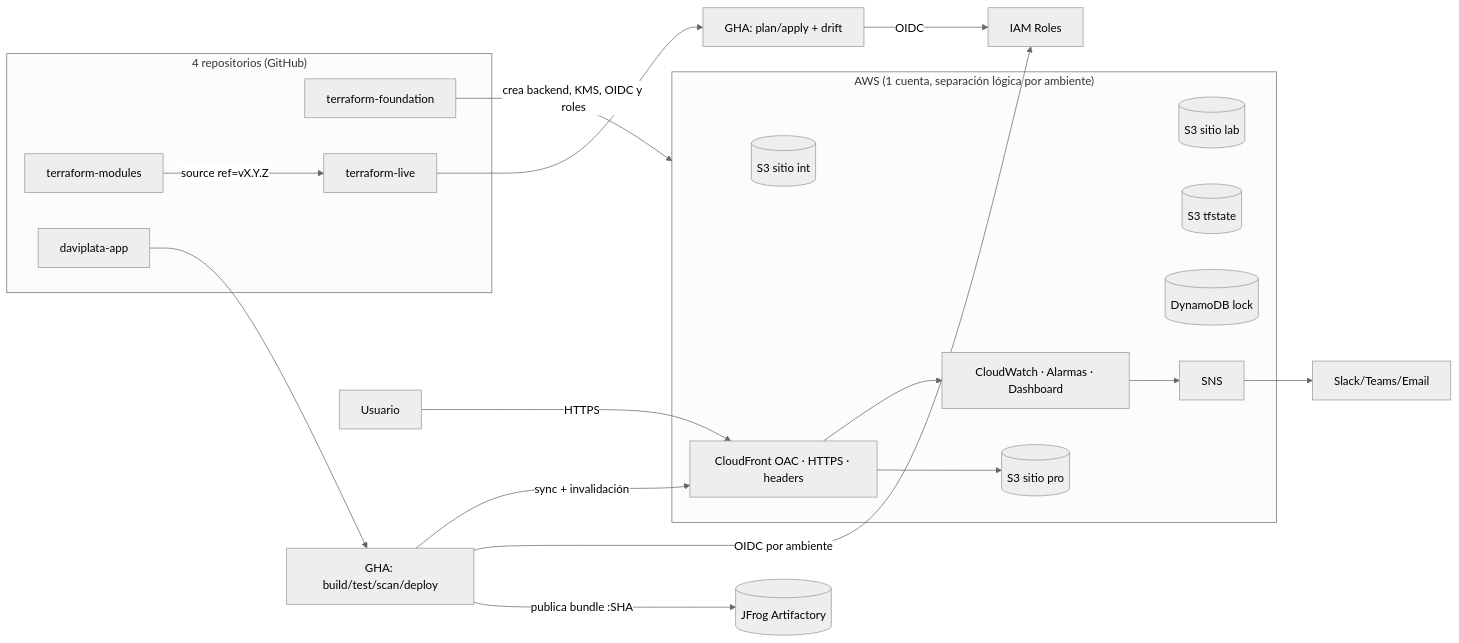
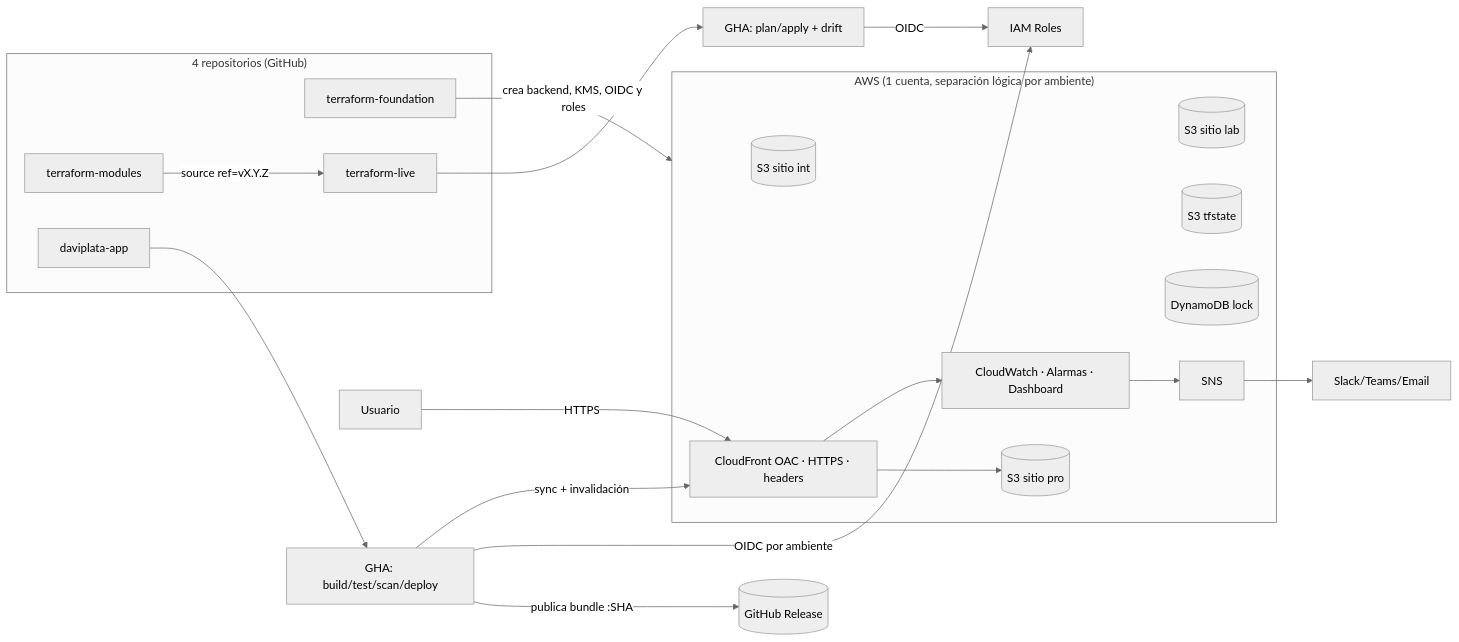
Before and after one commit to JulianMediina/daviplata-app: the first of 2 diagrams in docs/architecture.md, drawn with Mermaid (neutral theme). The commit also changed other lines of this file and 11 other files, not shown here.

First line of the commit message:
Replace JFrog Artifactory with GitHub Releases for artifact management

````diff
--- a/docs/architecture.md
+++ b/docs/architecture.md
@@ -5,30 +5,30 @@
 ```mermaid
 flowchart LR
   subgraph Repos["4 repositorios (GitHub)"]
     RF[terraform-foundation]
     RM[terraform-modules]
     RL[terraform-live]
     RA[daviplata-app]
   end
   RF -->|crea backend, KMS, OIDC y roles| AWS
   RM -->|source ref=vX.Y.Z| RL
   RA --> GAapp[GHA: build/test/scan/deploy]
   RL --> GAinfra[GHA: plan/apply + drift]
-  GAapp -->|publica bundle :SHA| JF[(JFrog Artifactory)]
+  GAapp -->|publica bundle :SHA| GHR[(GitHub Release)]
   GAapp -->|OIDC por ambiente| IAM[IAM Roles]
   GAinfra -->|OIDC| IAM
 
   subgraph AWS["AWS (1 cuenta, separación lógica por ambiente)"]
     S3int[(S3 sitio int)]
     S3lab[(S3 sitio lab)]
     S3pro[(S3 sitio pro)]
     CF[CloudFront OAC · HTTPS · headers]
     CW[CloudWatch · Alarmas · Dashboard]
     S3st[(S3 tfstate)]
     DDB[(DynamoDB lock)]
     SNS[SNS]
   end
   Cliente[Usuario] -->|HTTPS| CF --> S3pro
   GAapp -->|sync + invalidación| CF
   CF --> CW --> SNS --> Notif[Slack/Teams/Email]
 ```
````
